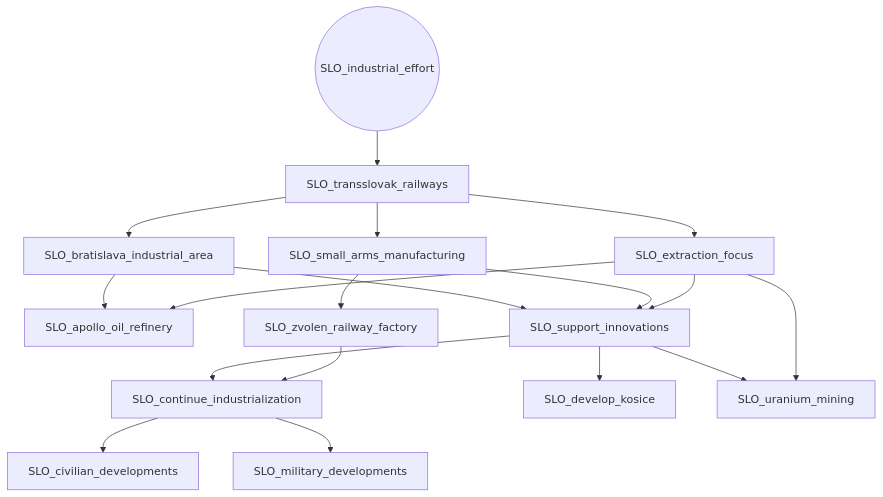
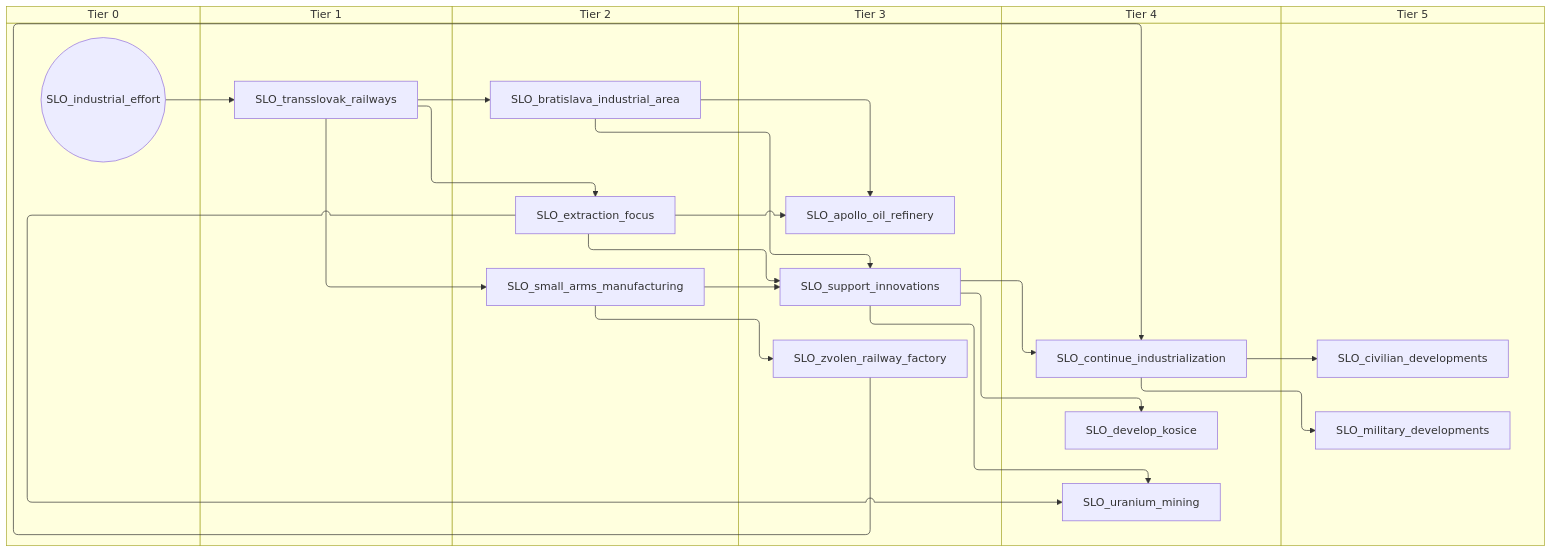
One commit to evgeny-sobol/hoi4-sandbox-mode-r56 changed the fourth of 5 diagrams in docs/gdd/National Focuses/r56/slovakia.md. Above: the diagram before and after it, drawn with Mermaid. The commit also changed other lines of this file and 423 other files, not shown here.

First line of the commit message:
Re-export Rt56 focus trees as swimlane diagrams

````diff
--- a/docs/gdd/National Focuses/r56/slovakia.md
+++ b/docs/gdd/National Focuses/r56/slovakia.md
@@ -172,33 +206,45 @@
 ```mermaid
-flowchart TD
-    n59["SLO_apollo_oil_refinery"]
-    n60["SLO_bratislava_industrial_area"]
-    n61["SLO_civilian_developments"]
-    n62["SLO_continue_industrialization"]
-    n63["SLO_develop_kosice"]
-    n64["SLO_extraction_focus"]
-    n65(("SLO_industrial_effort"))
-    n66["SLO_military_developments"]
-    n67["SLO_small_arms_manufacturing"]
-    n68["SLO_support_innovations"]
-    n69["SLO_transslovak_railways"]
-    n70["SLO_uranium_mining"]
-    n71["SLO_zvolen_railway_factory"]
-    n60 --> n59
-    n64 --> n59
-    n69 --> n60
-    n62 --> n61
-    n68 --> n62
-    n71 --> n62
-    n68 --> n63
-    n69 --> n64
-    n62 --> n66
-    n69 --> n67
-    n60 --> n68
-    n67 --> n68
-    n64 --> n68
+swimlane-beta TD
+    subgraph tier_0["Tier 0"]
+        n59(("SLO_industrial_effort"))
+    end
+    subgraph tier_1["Tier 1"]
+        n60["SLO_transslovak_railways"]
+    end
+    subgraph tier_2["Tier 2"]
+        n61["SLO_bratislava_industrial_area"]
+        n62["SLO_extraction_focus"]
+        n63["SLO_small_arms_manufacturing"]
+    end
+    subgraph tier_3["Tier 3"]
+        n64["SLO_apollo_oil_refinery"]
+        n65["SLO_support_innovations"]
+        n66["SLO_zvolen_railway_factory"]
+    end
+    subgraph tier_4["Tier 4"]
+        n67["SLO_continue_industrialization"]
+        n68["SLO_develop_kosice"]
+        n69["SLO_uranium_mining"]
+    end
+    subgraph tier_5["Tier 5"]
+        n70["SLO_civilian_developments"]
+        n71["SLO_military_developments"]
+    end
+    n61 --> n64
+    n62 --> n64
+    n60 --> n61
+    n67 --> n70
+    n65 --> n67
+    n66 --> n67
+    n65 --> n68
+    n60 --> n62
+    n67 --> n71
+    n60 --> n63
+    n61 --> n65
+    n63 --> n65
+    n62 --> n65
+    n59 --> n60
     n65 --> n69
-    n68 --> n70
-    n64 --> n70
-    n67 --> n71
+    n62 --> n69
+    n63 --> n66
 ```
````
